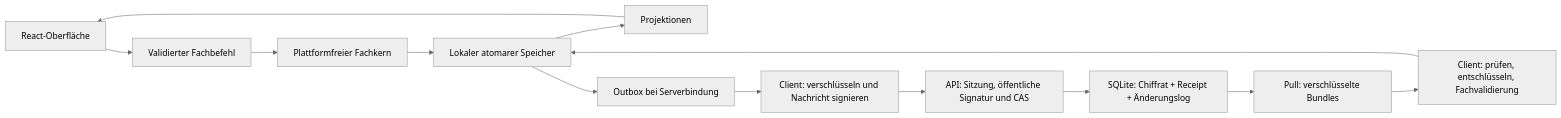
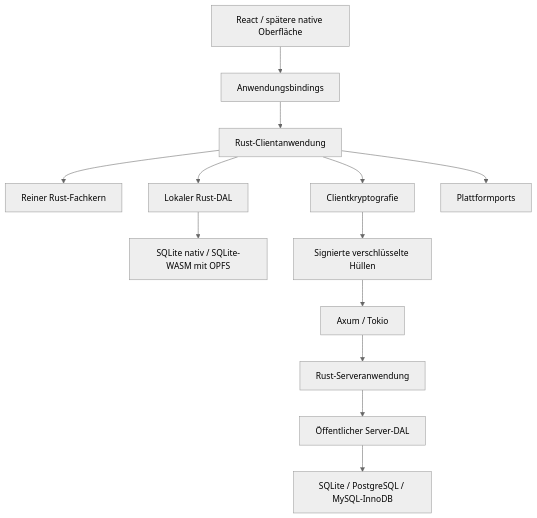
The diagram in docs/architecture.md (mpwg/WiMM), drawn with Mermaid (neutral theme) before and after one commit. The commit also changed other lines of this file and 102 other files, not shown here.

Commit message:
docs(architecture): Vereinheitliche Rust-Ziel und bereinige Projektquellen

````diff
--- a/docs/architecture.md
+++ b/docs/architecture.md
@@ -52,15 +32,15 @@
 ```mermaid
-flowchart LR
-  UI[React-Oberfläche] --> CMD[Validierter Fachbefehl]
-  CMD --> DOMAIN[Plattformfreier Fachkern]
-  DOMAIN --> LOCAL[Lokaler atomarer Speicher]
-  LOCAL --> VIEW[Projektionen]
-  VIEW --> UI
-  LOCAL --> OUT[Outbox bei Serverbindung]
-  OUT --> ENC[Client: verschlüsseln und Nachricht signieren]
-  ENC --> API[API: Sitzung, öffentliche Signatur und CAS]
-  API --> DB[SQLite: Chiffrat + Receipt + Änderungslog]
-  DB --> PULL[Pull: verschlüsselte Bundles]
-  PULL --> DEC[Client: prüfen, entschlüsseln, Fachvalidierung]
-  DEC --> LOCAL
+flowchart TD
+  UI[React / spätere native Oberfläche] --> B[Anwendungsbindings]
+  B --> A[Rust-Clientanwendung]
+  A --> F[Reiner Rust-Fachkern]
+  A --> L[Lokaler Rust-DAL]
+  A --> C[Clientkryptografie]
+  A --> P[Plattformports]
+  L --> DB[SQLite nativ / SQLite-WASM mit OPFS]
+  C --> E[Signierte verschlüsselte Hüllen]
+  E --> H[Axum / Tokio]
+  H --> S[Rust-Serveranwendung]
+  S --> D[Öffentlicher Server-DAL]
+  D --> SQL[SQLite / PostgreSQL / MySQL-InnoDB]
 ```
````
